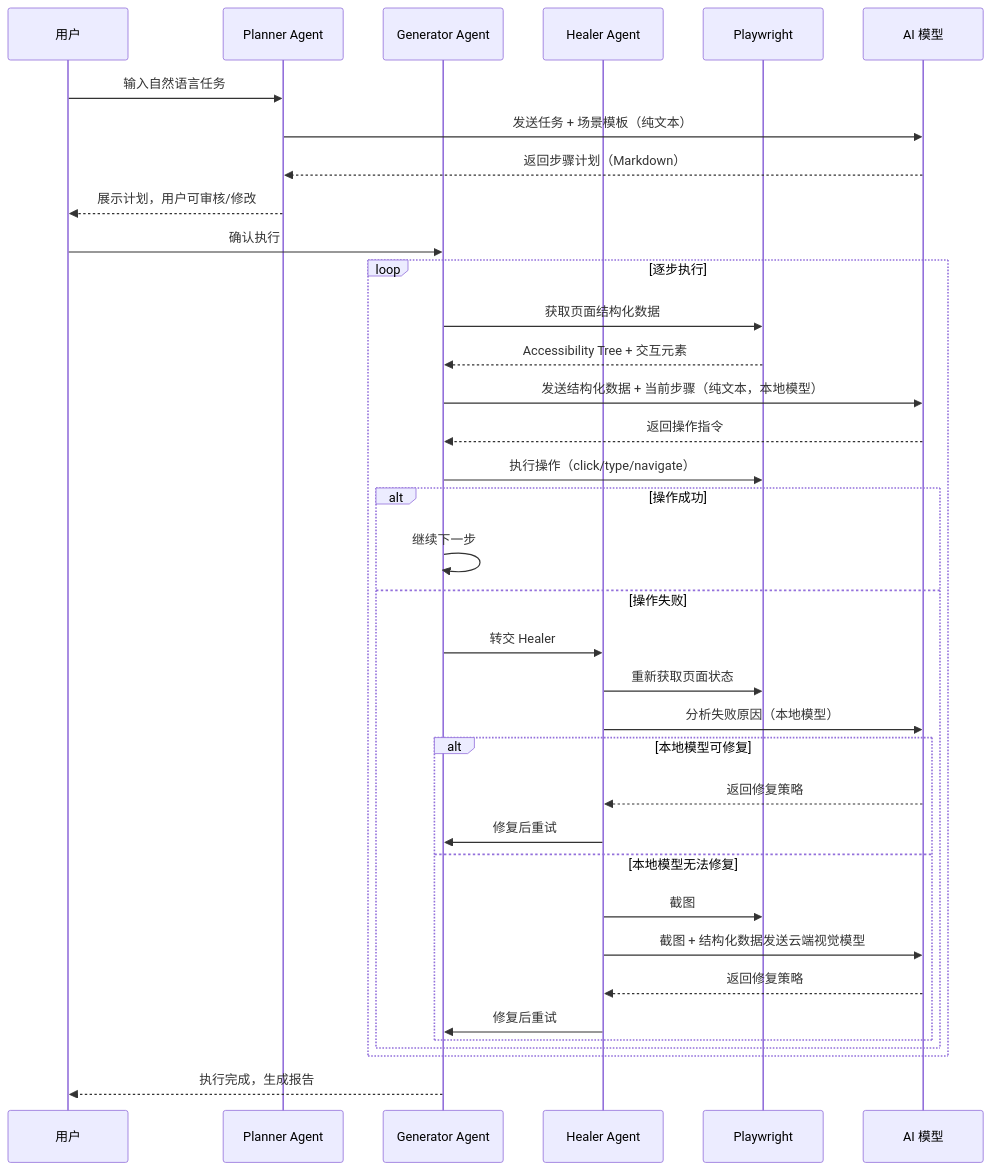
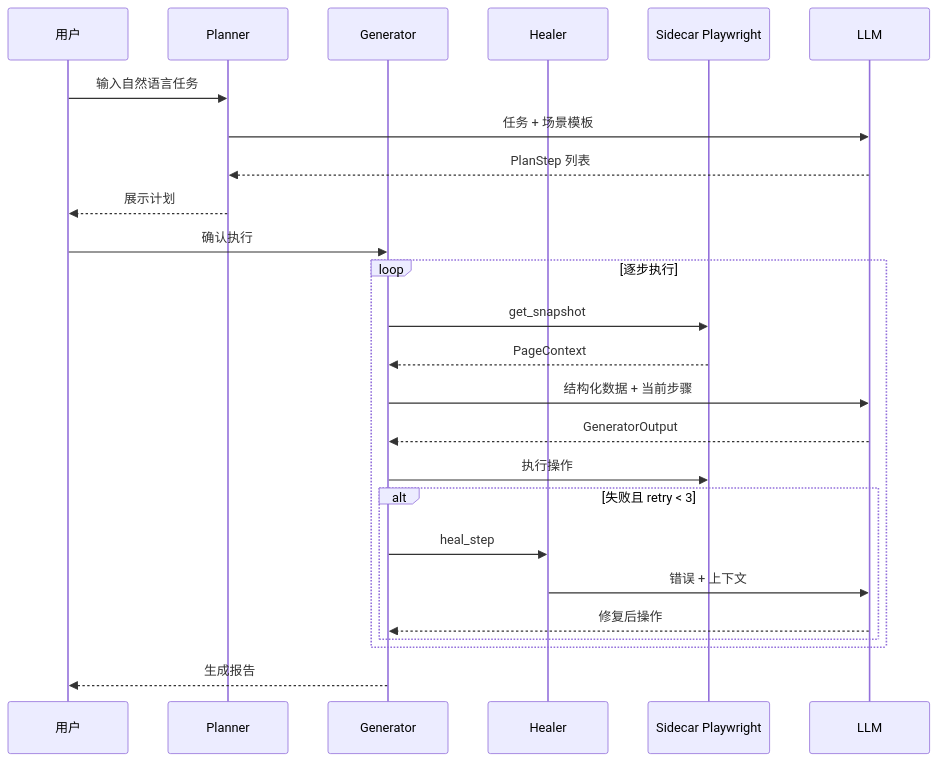
Before and after one commit to balinda123/logicguard_ai: the fifth of 5 diagrams in 开发文档.md, drawn with Mermaid. The commit also changed other lines of this file and 36 other files, not shown here.

````diff
--- a/开发文档.md
+++ b/开发文档.md
@@ -85,42 +243,28 @@
 ```mermaid
 sequenceDiagram
     participant U as 用户
-    participant P as Planner Agent
-    participant G as Generator Agent
-    participant H as Healer Agent
-    participant PW as Playwright
-    participant AI as AI 模型
+    participant P as Planner
+    participant G as Generator
+    participant H as Healer
+    participant PW as Sidecar Playwright
+    participant AI as LLM
 
     U->>P: 输入自然语言任务
-    P->>AI: 发送任务 + 场景模板（纯文本）
-    AI-->>P: 返回步骤计划（Markdown）
-    P-->>U: 展示计划，用户可审核/修改
+    P->>AI: 任务 + 场景模板
+    AI-->>P: PlanStep 列表
+    P-->>U: 展示计划
     U->>G: 确认执行
-    
     loop 逐步执行
-        G->>PW: 获取页面结构化数据
-        PW-->>G: Accessibility Tree + 交互元素
-        G->>AI: 发送结构化数据 + 当前步骤（纯文本，本地模型）
-        AI-->>G: 返回操作指令
-        G->>PW: 执行操作（click/type/navigate）
-        
-        alt 操作成功
-            G->>G: 继续下一步
-        else 操作失败
-            G->>H: 转交 Healer
-            H->>PW: 重新获取页面状态
-            H->>AI: 分析失败原因（本地模型）
-            alt 本地模型可修复
-                AI-->>H: 返回修复策略
-                H->>G: 修复后重试
-            else 本地模型无法修复
-                H->>PW: 截图
-                H->>AI: 截图 + 结构化数据发送云端视觉模型
-                AI-->>H: 返回修复策略
-                H->>G: 修复后重试
-            end
+        G->>PW: get_snapshot
+        PW-->>G: PageContext
+        G->>AI: 结构化数据 + 当前步骤
+        AI-->>G: GeneratorOutput
+        G->>PW: 执行操作
+        alt 失败且 retry < 3
+            G->>H: heal_step
+            H->>AI: 错误 + 上下文
+            AI-->>G: 修复后操作
         end
     end
-    
-    G-->>U: 执行完成，生成报告
+    G-->>U: 生成报告
 ```
````
